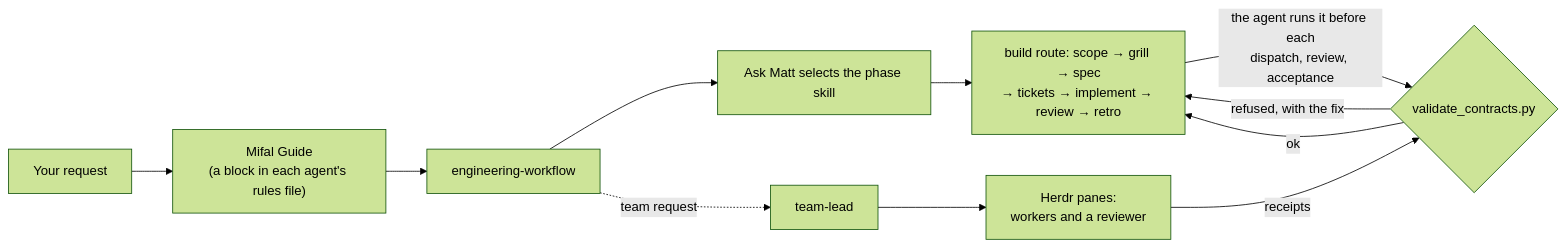
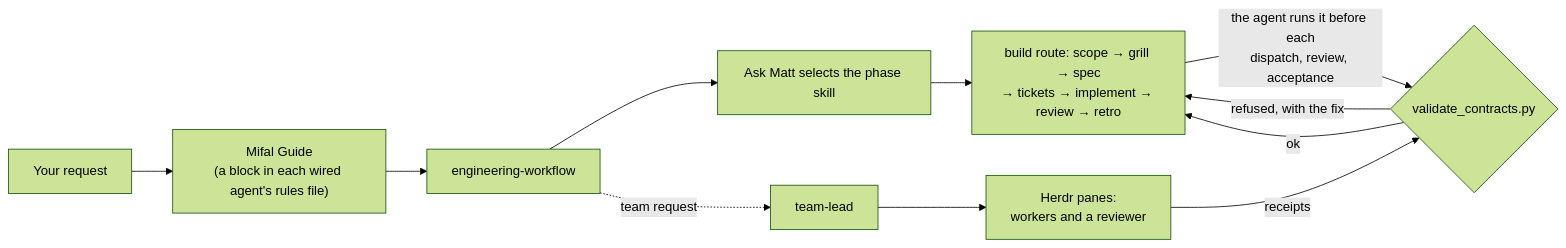
One commit to avidigmi/mifal changed the diagram in README.md. Above: the diagram before and after it, drawn with Mermaid (forest theme). The commit also changed other lines of this file, not shown here.

````diff
--- a/README.md
+++ b/README.md
@@ -58,13 +71,13 @@
 ```mermaid
 flowchart LR
-  ask[Your request] --> guide["Mifal Guide<br/>(a block in each agent's rules file)"]
+  ask[Your request] --> guide["Mifal Guide<br/>(a block in each wired agent's rules file)"]
   guide --> ew[engineering-workflow]
   ew --> am[Ask Matt selects the phase skill]
   am --> phase["build route: scope → grill → spec<br/>→ tickets → implement → review → retro"]
   phase -->|the agent runs it before each<br/>dispatch, review, acceptance| gate{validate_contracts.py}
   gate -->|refused, with the fix| phase
   gate -->|ok| phase
   ew -.->|team request| lead[team-lead]
   lead --> panes["Herdr panes:<br/>workers and a reviewer"]
   panes -->|receipts| gate
 ```
````
